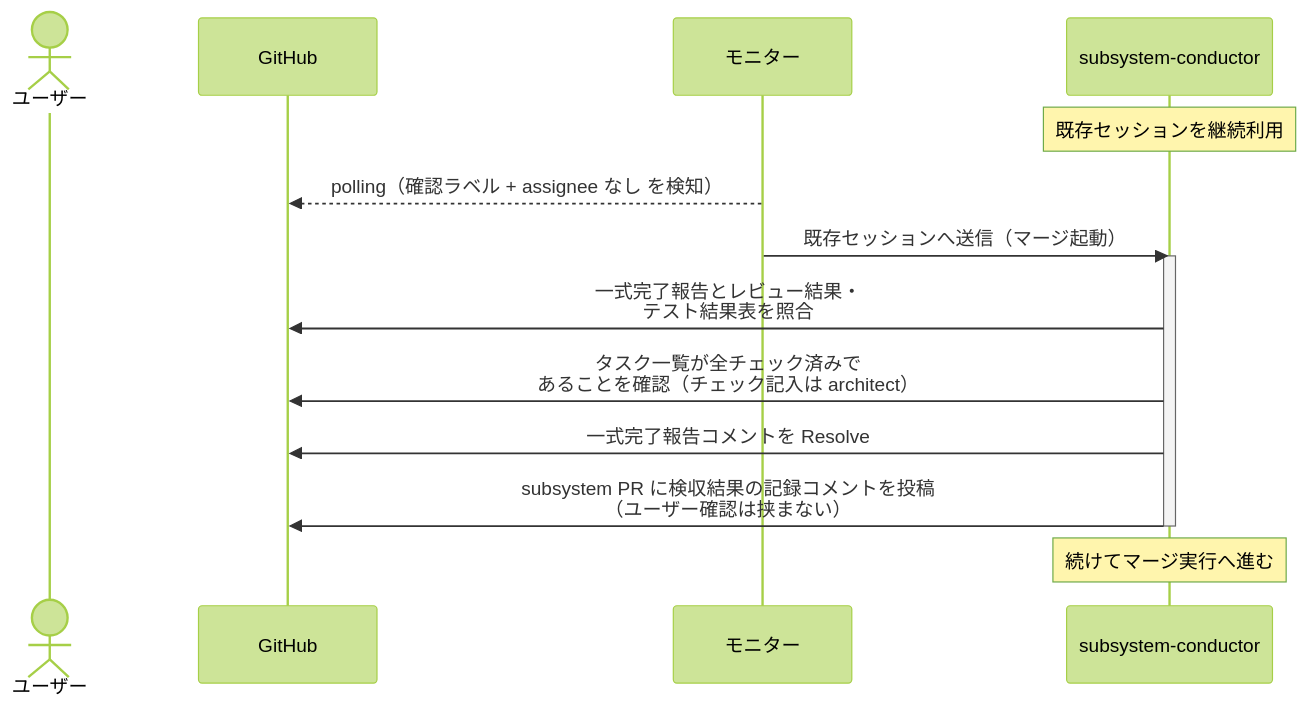
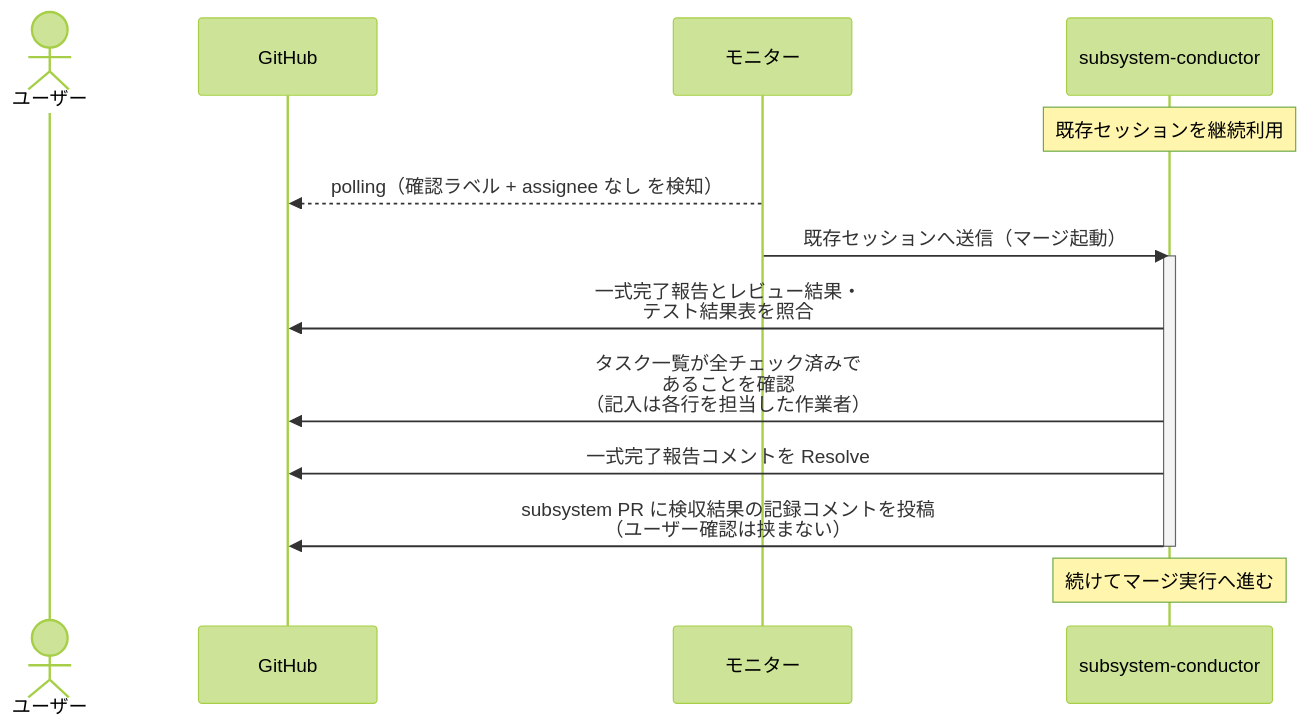
One commit to shuhei1101/ai-monitor changed the diagram in docs/wiki/設計図/シナリオ/単一ユースケース/マージ起動.md. Above: the diagram before and after it, drawn with Mermaid (forest theme). The commit also changed 77 other files, not shown here.

````diff
--- a/docs/wiki/設計図/シナリオ/単一ユースケース/マージ起動.md
+++ b/docs/wiki/設計図/シナリオ/単一ユースケース/マージ起動.md
@@ -27,18 +27,18 @@
 ```mermaid
 sequenceDiagram
   actor U as ユーザー
   participant GH as GitHub
   participant ORC as モニター
   participant MON as subsystem-conductor
 
   Note over MON: 既存セッションを継続利用
   ORC-->>GH: polling（確認ラベル + assignee なし を検知）
   ORC->>MON: 既存セッションへ送信（マージ起動）
   activate MON
   MON->>GH: 一式完了報告とレビュー結果・<br>テスト結果表を照合
-  MON->>GH: タスク一覧が全チェック済みで<br>あることを確認（チェック記入は architect）
+  MON->>GH: タスク一覧が全チェック済みで<br>あることを確認<br>（記入は各行を担当した作業者）
   MON->>GH: 一式完了報告コメントを Resolve
   MON->>GH: subsystem PR に検収結果の記録コメントを投稿<br>（ユーザー確認は挟まない）
   deactivate MON
   Note over MON: 続けてマージ実行へ進む
 ```
````
